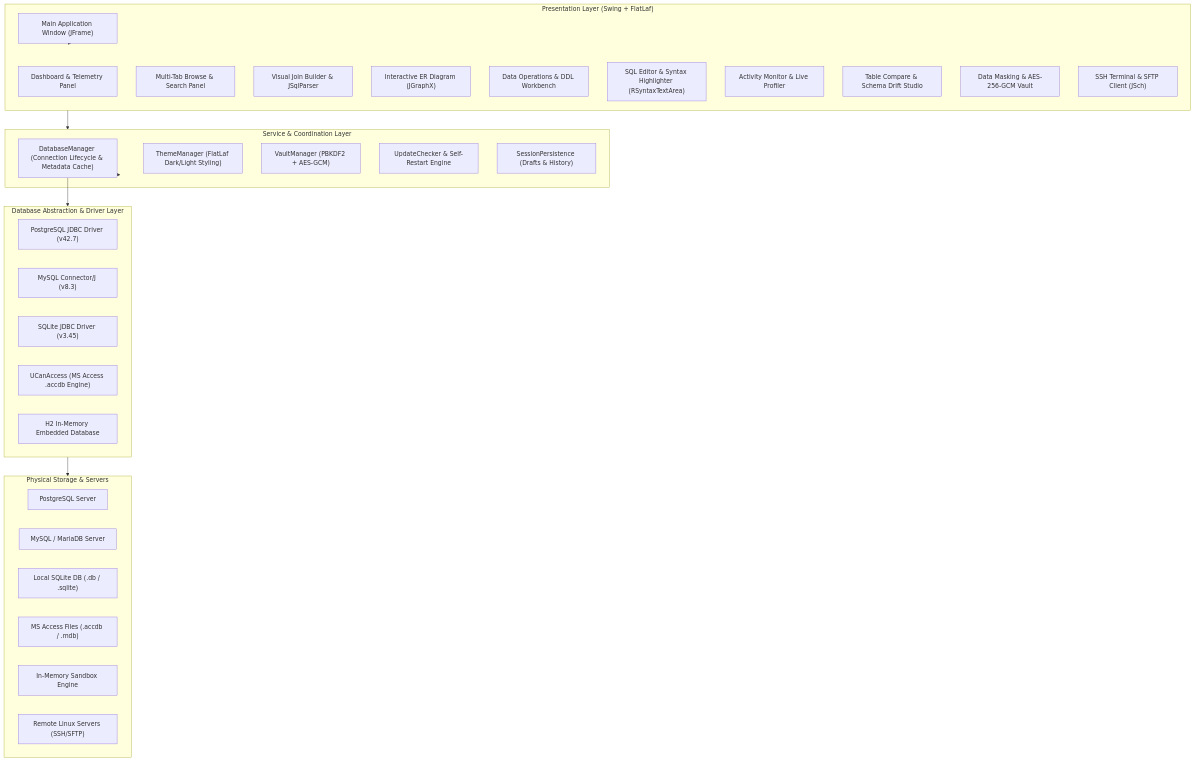
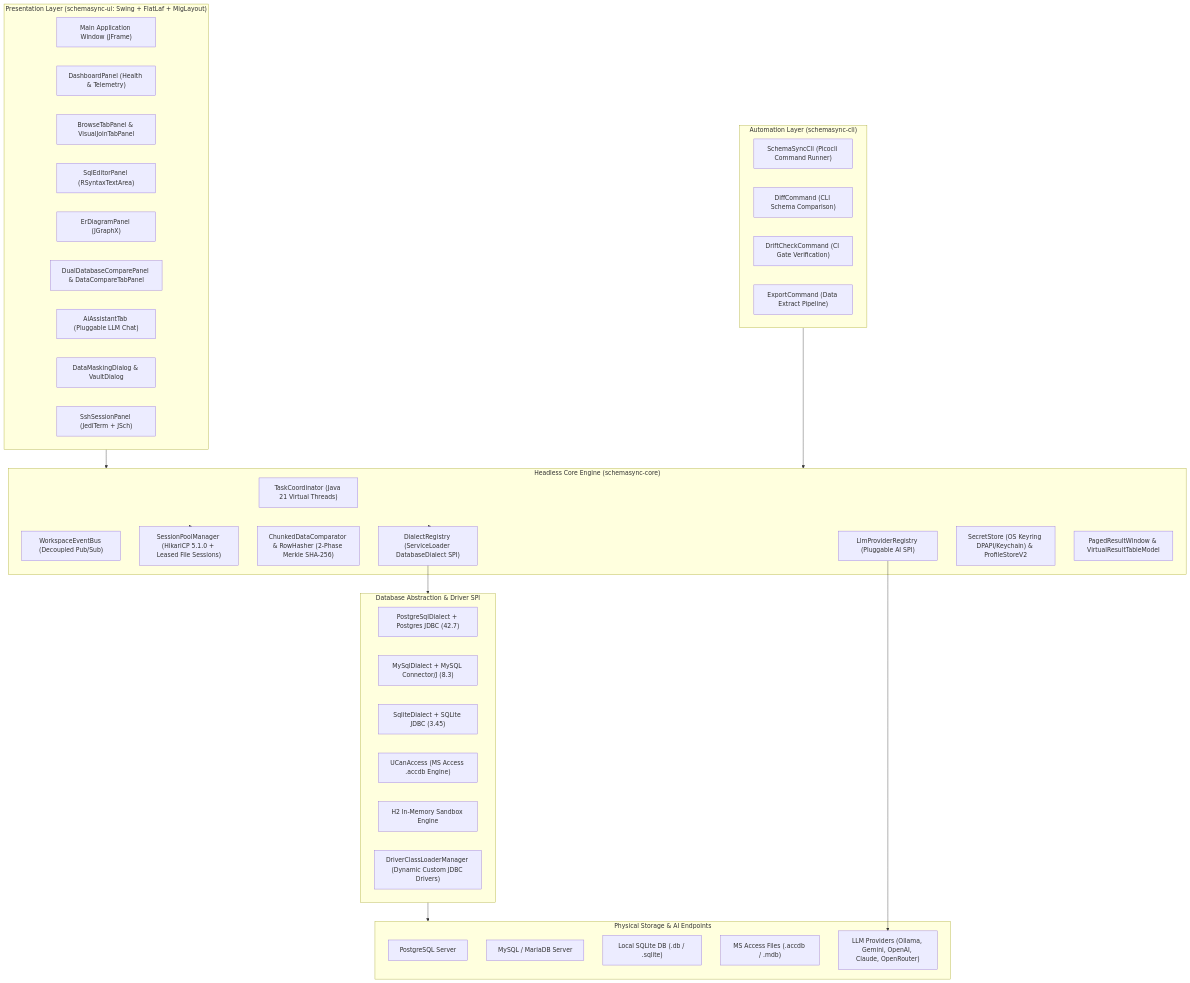
Before and after one commit to Ygtopher/SchemaSync-: the diagram in docs/ARCHITECTURE.md, drawn with Mermaid. The commit also changed other lines of this file and 13 other files, not shown here.

````diff
--- a/docs/ARCHITECTURE.md
+++ b/docs/ARCHITECTURE.md
@@ -13,47 +17,57 @@
 ```mermaid
 graph TD
-    subgraph UI_Layer ["Presentation Layer (Swing + FlatLaf)"]
+    subgraph UI_Layer ["Presentation Layer (schemasync-ui: Swing + FlatLaf + MigLayout)"]
         MainFrame["Main Application Window (JFrame)"]
-        Dashboard["Dashboard & Telemetry Panel"]
-        Browse["Multi-Tab Browse & Search Panel"]
-        JoinBuilder["Visual Join Builder & JSqlParser"]
-        ERDiagram["Interactive ER Diagram (JGraphX)"]
-        DataOps["Data Operations & DDL Workbench"]
-        SqlEditor["SQL Editor & Syntax Highlighter (RSyntaxTextArea)"]
-        ActivityMon["Activity Monitor & Live Profiler"]
-        DiffWorkbench["Table Compare & Schema Drift Studio"]
-        SecurityTools["Data Masking & AES-256-GCM Vault"]
-        SshPanel["SSH Terminal & SFTP Client (JSch)"]
+        Dashboard["DashboardPanel (Health & Telemetry)"]
+        BrowseTab["BrowseTabPanel & VisualJoinTabPanel"]
+        SqlEditor["SqlEditorPanel (RSyntaxTextArea)"]
+        ERDiagram["ErDiagramPanel (JGraphX)"]
+        DiffWorkbench["DualDatabaseComparePanel & DataCompareTabPanel"]
+        AiAssistant["AiAssistantTab (Pluggable LLM Chat)"]
+        SecurityTools["DataMaskingDialog & VaultDialog"]
+        SshPanel["SshSessionPanel (JediTerm + JSch)"]
     end
 
-    subgraph Service_Layer ["Service & Coordination Layer"]
-        DBManager["DatabaseManager (Connection Lifecycle & Metadata Cache)"]
-        ThemeMgr["ThemeManager (FlatLaf Dark/Light Styling)"]
-        VaultService["VaultManager (PBKDF2 + AES-GCM)"]
-        UpdateService["UpdateChecker & Self-Restart Engine"]
-        SessionSaver["SessionPersistence (Drafts & History)"]
+    subgraph CLI_Layer ["Automation Layer (schemasync-cli)"]
+        CliMain["SchemaSyncCli (Picocli Command Runner)"]
+        DiffCmd["DiffCommand (CLI Schema Comparison)"]
+        DriftCmd["DriftCheckCommand (CI Gate Verification)"]
+        ExportCmd["ExportCommand (Data Extract Pipeline)"]
     end
 
-    subgraph JDBC_Layer ["Database Abstraction & Driver Layer"]
-        PostgresDriver["PostgreSQL JDBC Driver (v42.7)"]
-        MySQLDriver["MySQL Connector/J (v8.3)"]
-        SQLiteDriver["SQLite JDBC Driver (v3.45)"]
-        UCanAccess["UCanAccess (MS Access .accdb Engine)"]
-        H2Driver["H2 In-Memory Embedded Database"]
+    subgraph Core_Layer ["Headless Core Engine (schemasync-core)"]
+        Coordinator["TaskCoordinator (Java 21 Virtual Threads)"]
+        EventBus["WorkspaceEventBus (Decoupled Pub/Sub)"]
+        PoolMgr["SessionPoolManager (HikariCP 5.1.0 + Leased File Sessions)"]
+        DiffEngine["ChunkedDataComparator & RowHasher (2-Phase Merkle SHA-256)"]
+        DialectRegistry["DialectRegistry (ServiceLoader DatabaseDialect SPI)"]
+        LlmRegistry["LlmProviderRegistry (Pluggable AI SPI)"]
+        VaultCore["SecretStore (OS Keyring DPAPI/Keychain) & ProfileStoreV2"]
+        PagedWindow["PagedResultWindow & VirtualResultTableModel"]
     end
 
-    subgraph Target_Engines ["Physical Storage & Servers"]
+    subgraph JDBC_Layer ["Database Abstraction & Driver SPI"]
+        PostgresDialect["PostgreSqlDialect + Postgres JDBC (42.7)"]
+        MySQLDialect["MySqlDialect + MySQL Connector/J (8.3)"]
+        SQLiteDialect["SqliteDialect + SQLite JDBC (3.45)"]
+        AccessDriver["UCanAccess (MS Access .accdb Engine)"]
+        H2Driver["H2 In-Memory Sandbox Engine"]
+        ExternalDrivers["DriverClassLoaderManager (Dynamic Custom JDBC Drivers)"]
+    end
+
+    subgraph Target_Engines ["Physical Storage & AI Endpoints"]
         RDBMS_PG["PostgreSQL Server"]
         RDBMS_MY["MySQL / MariaDB Server"]
         File_SQLITE["Local SQLite DB (.db / .sqlite)"]
         File_ACCESS["MS Access Files (.accdb / .mdb)"]
-        Mem_H2["In-Memory Sandbox Engine"]
-        Remote_SSH["Remote Linux Servers (SSH/SFTP)"]
+        AI_LLM["LLM Providers (Ollama, Gemini, OpenAI, Claude, OpenRouter)"]
     end
 
-    MainFrame --> UI_Layer
-    UI_Layer --> Service_Layer
-    Service_Layer --> DBManager
-    DBManager --> JDBC_Layer
+    UI_Layer --> Core_Layer
+    CLI_Layer --> Core_Layer
+    Core_Layer --> DialectRegistry
+    Core_Layer --> PoolMgr
+    DialectRegistry --> JDBC_Layer
     JDBC_Layer --> Target_Engines
+    LlmRegistry --> AI_LLM
 ```
````
